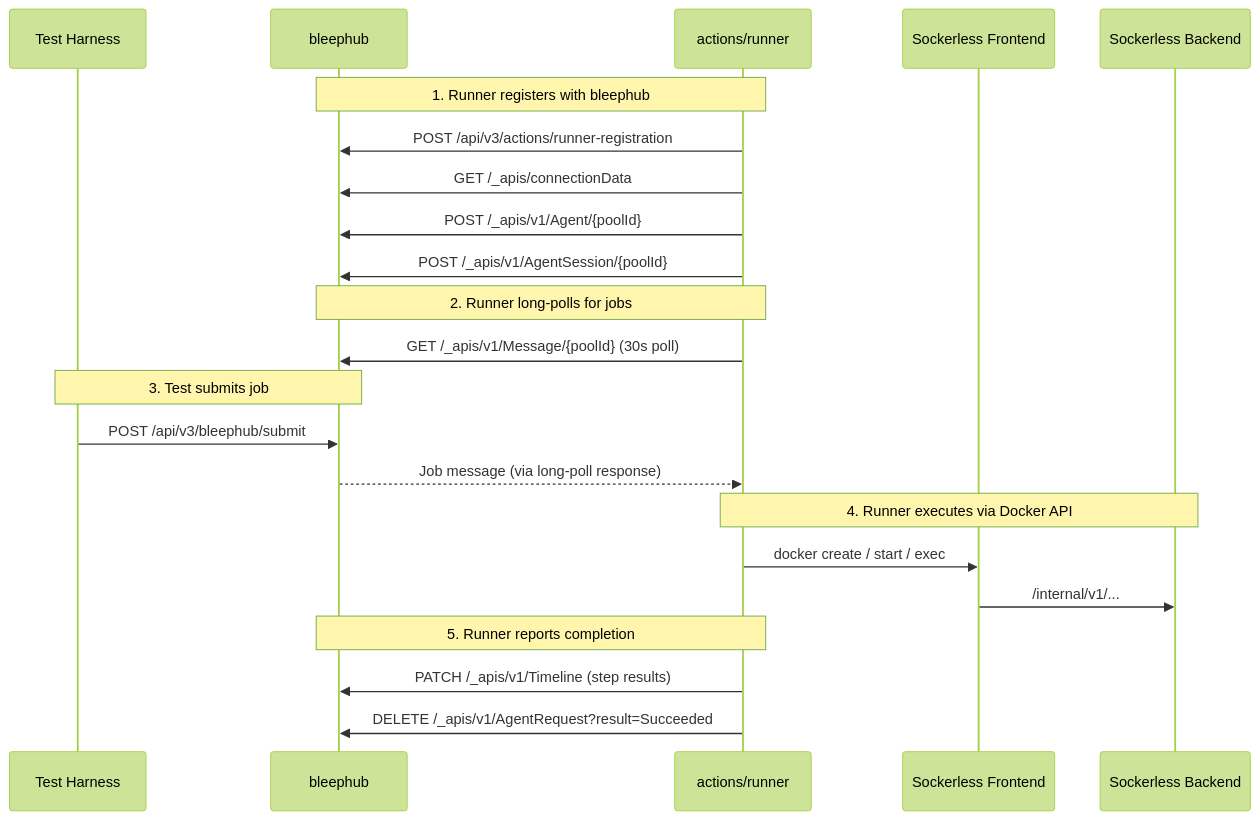
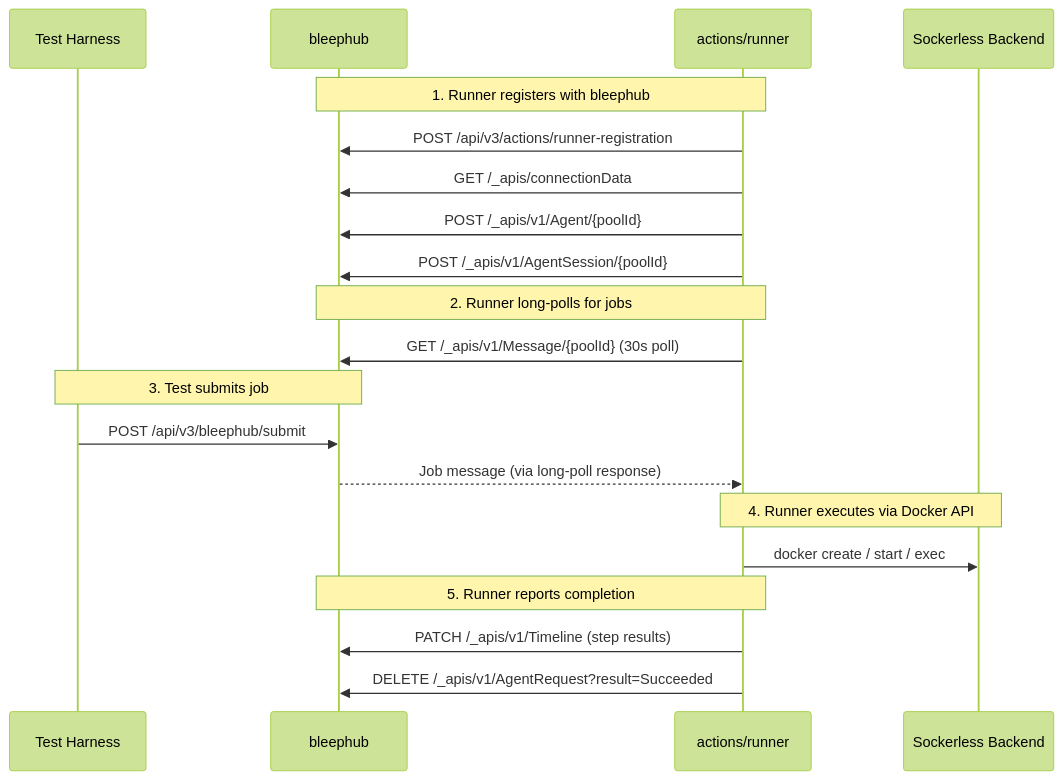
Diagram 17 of 19 in ARCHITECTURE.md (e6qu/sockerless), drawn with Mermaid (forest theme) before and after one commit. The commit also changed other lines of this file and 93 other files, not shown here.

````diff
--- a/ARCHITECTURE.md
+++ b/ARCHITECTURE.md
@@ -345,29 +473,27 @@
 ```mermaid
 sequenceDiagram
     participant J as Test Harness
     participant BPH as bleephub
     participant R as actions/runner
-    participant FE as Sockerless Frontend
-    participant BE as Sockerless Backend
+    participant S as Sockerless Backend
 
     Note over BPH,R: 1. Runner registers with bleephub
     R->>BPH: POST /api/v3/actions/runner-registration
     R->>BPH: GET /_apis/connectionData
     R->>BPH: POST /_apis/v1/Agent/{poolId}
     R->>BPH: POST /_apis/v1/AgentSession/{poolId}
 
     Note over BPH,R: 2. Runner long-polls for jobs
     R->>BPH: GET /_apis/v1/Message/{poolId} (30s poll)
 
     Note over J,BPH: 3. Test submits job
     J->>BPH: POST /api/v3/bleephub/submit
     BPH-->>R: Job message (via long-poll response)
 
-    Note over R,BE: 4. Runner executes via Docker API
-    R->>FE: docker create / start / exec
-    FE->>BE: /internal/v1/...
+    Note over R,S: 4. Runner executes via Docker API
+    R->>S: docker create / start / exec
 
     Note over BPH,R: 5. Runner reports completion
     R->>BPH: PATCH /_apis/v1/Timeline (step results)
     R->>BPH: DELETE /_apis/v1/AgentRequest?result=Succeeded
 ```
````
